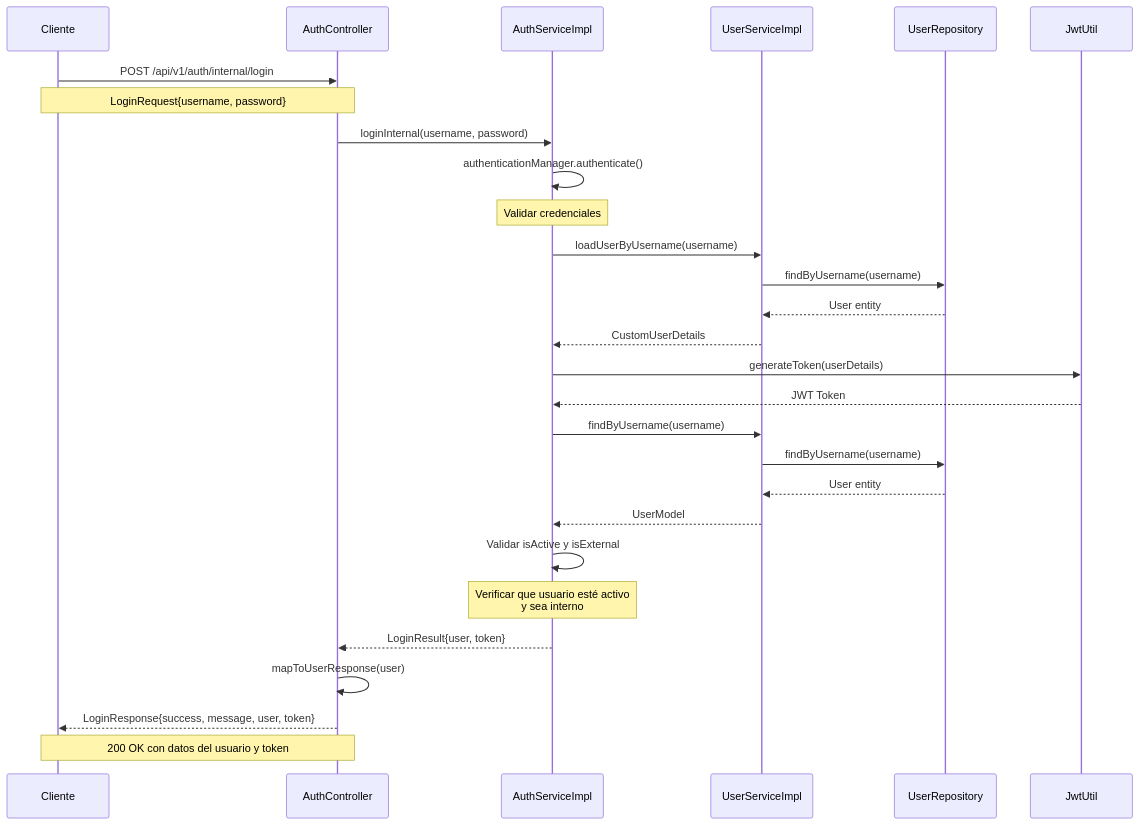
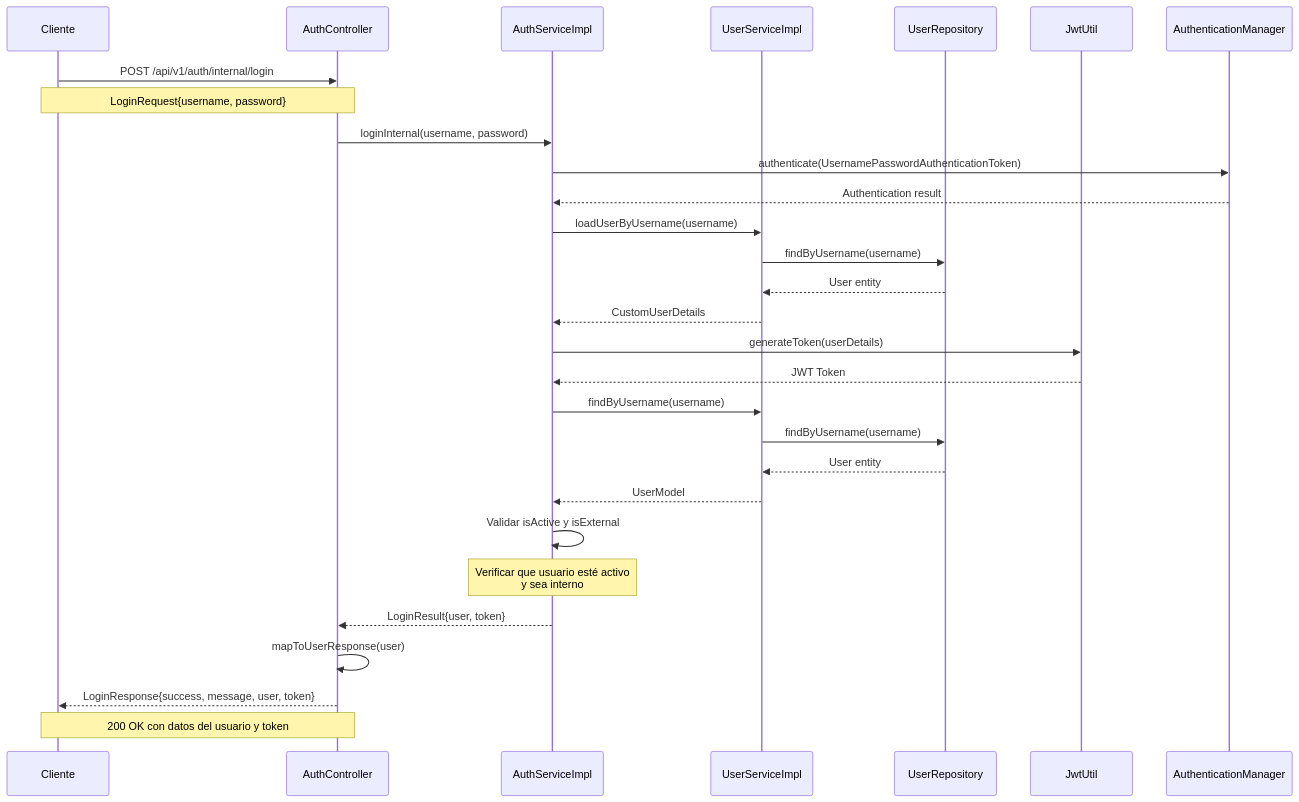
Before and after one commit to AlexisFDavis/TryRepo: the second of 6 diagrams in UML.md, drawn with Mermaid. The commit also changed other lines of this file, not shown here.

````diff
--- a/UML.md
+++ b/UML.md
@@ -238,39 +307,40 @@
 ```mermaid
 sequenceDiagram
     participant Client as Cliente
     participant AuthController as AuthController
     participant AuthService as AuthServiceImpl
     participant UserService as UserServiceImpl
     participant UserRepo as UserRepository
     participant JwtUtil as JwtUtil
+    participant AuthManager as AuthenticationManager
     
     Client->>AuthController: POST /api/v1/auth/internal/login
     Note over Client,AuthController: LoginRequest{username, password}
     
     AuthController->>AuthService: loginInternal(username, password)
     
-    AuthService->>AuthService: authenticationManager.authenticate()
-    Note over AuthService: Validar credenciales
+    AuthService->>AuthManager: authenticate(UsernamePasswordAuthenticationToken)
+    AuthManager-->>AuthService: Authentication result
     
     AuthService->>UserService: loadUserByUsername(username)
     UserService->>UserRepo: findByUsername(username)
     UserRepo-->>UserService: User entity
     UserService-->>AuthService: CustomUserDetails
     
     AuthService->>JwtUtil: generateToken(userDetails)
     JwtUtil-->>AuthService: JWT Token
     
     AuthService->>UserService: findByUsername(username)
     UserService->>UserRepo: findByUsername(username)
     UserRepo-->>UserService: User entity
     UserService-->>AuthService: UserModel
     
     AuthService->>AuthService: Validar isActive y isExternal
     Note over AuthService: Verificar que usuario esté activo<br/>y sea interno
     
     AuthService-->>AuthController: LoginResult{user, token}
     
     AuthController->>AuthController: mapToUserResponse(user)
     AuthController-->>Client: LoginResponse{success, message, user, token}
     Note over Client,AuthController: 200 OK con datos del usuario y token
 ```
````
